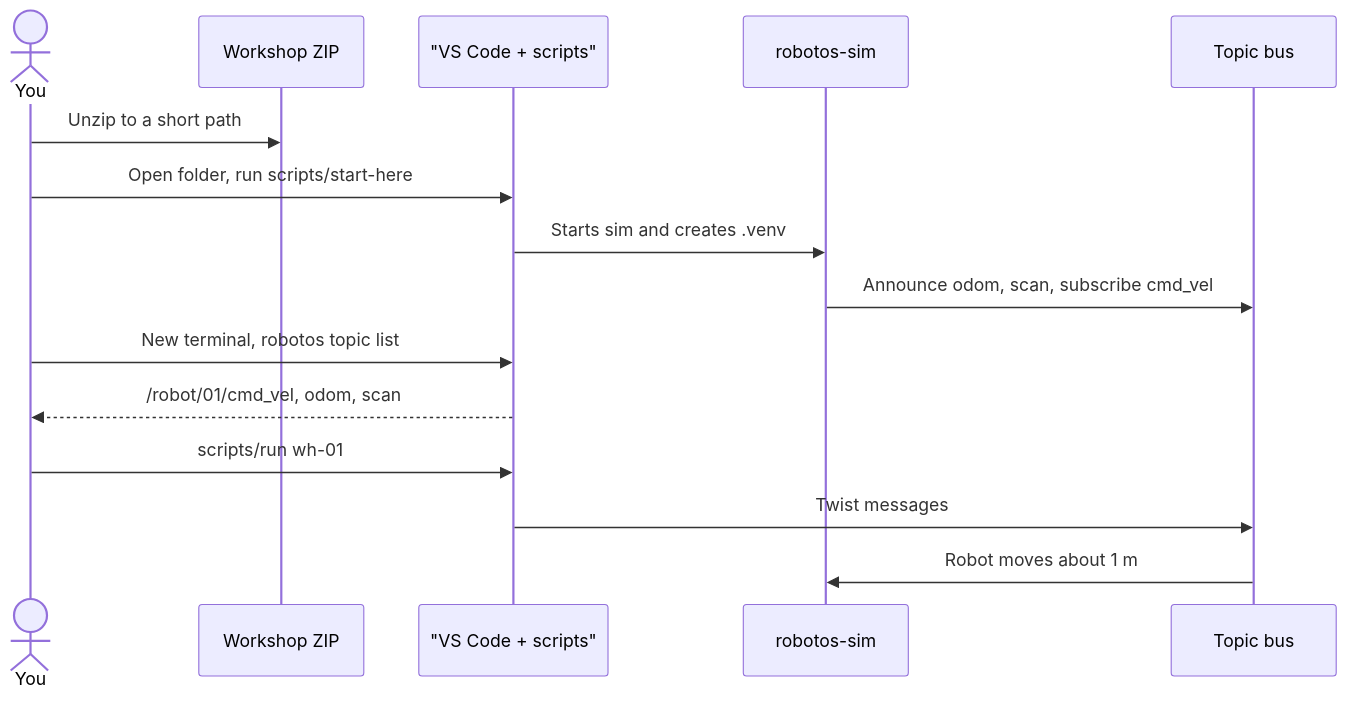
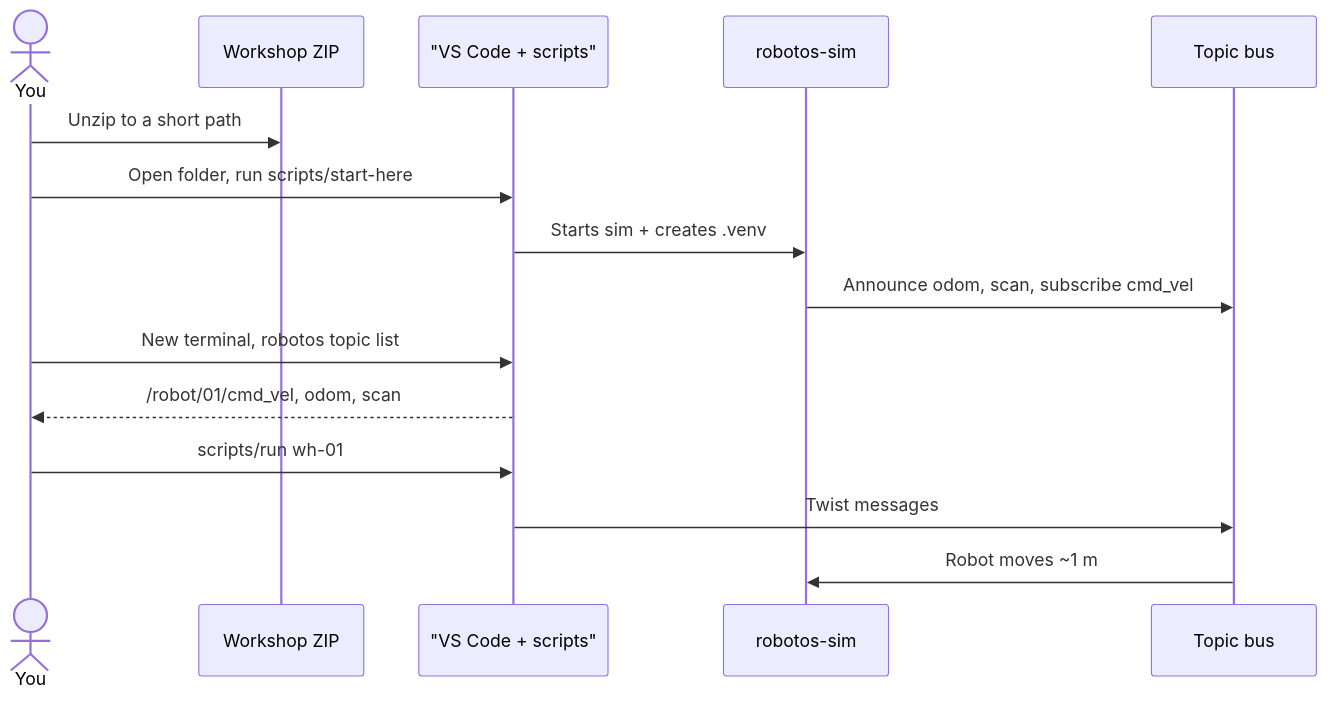
Before and after one commit to drsanti/robotos-workshop: the second of 2 diagrams in ebook/src/chapters/ch00-setup-your-machine.md, drawn with Mermaid. The commit also changed other lines of this file and 122 other files, not shown here.

````diff
--- a/ebook/src/chapters/ch00-setup-your-machine.md
+++ b/ebook/src/chapters/ch00-setup-your-machine.md
@@ -81,17 +81,17 @@
 ```mermaid
 sequenceDiagram
   actor You
   participant Zip as Workshop ZIP
   participant VS as "VS Code + scripts"
   participant Sim as robotos-sim
   participant Graph as Topic bus
   You->>Zip: Unzip to a short path
   You->>VS: Open folder, run scripts/start-here
-  VS->>Sim: Starts sim and creates .venv
+  VS->>Sim: Starts sim + creates .venv
   Sim->>Graph: Announce odom, scan, subscribe cmd_vel
   You->>VS: New terminal, robotos topic list
   VS-->>You: /robot/01/cmd_vel, odom, scan
   You->>VS: scripts/run wh-01
   VS->>Graph: Twist messages
-  Graph->>Sim: Robot moves about 1 m
+  Graph->>Sim: Robot moves ~1 m
 ```
````
